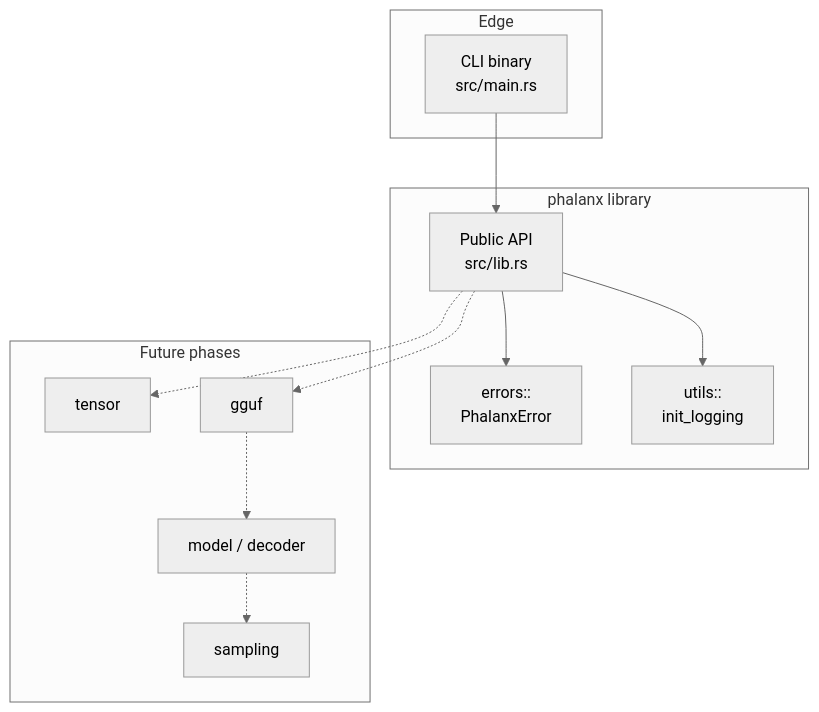
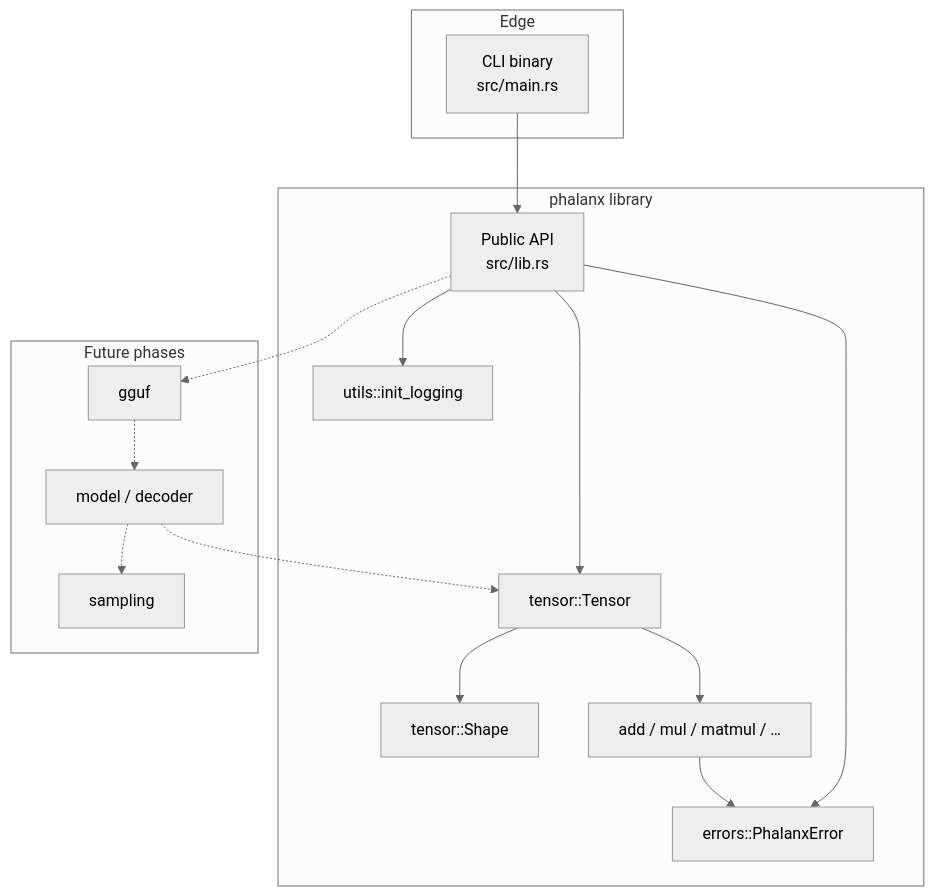
One commit to 404khai/phalanx changed the first of 2 diagrams in README.md. Above: the diagram before and after it, drawn with Mermaid (neutral theme). The commit also changed other lines of this file and 16 other files, not shown here.

````diff
--- a/README.md
+++ b/README.md
@@ -40,27 +39,33 @@
 ```mermaid
 flowchart TB
     subgraph edge [Edge]
         CLI["CLI binary<br/>src/main.rs"]
     end
 
     subgraph library [phalanx library]
         API["Public API<br/>src/lib.rs"]
-        Errors["errors::<br/>PhalanxError"]
-        Utils["utils::<br/>init_logging"]
+        Errors["errors::PhalanxError"]
+        Utils["utils::init_logging"]
+        Tensor["tensor::Tensor"]
+        Shape["tensor::Shape"]
+        Ops["add / mul / matmul / …"]
     end
 
     subgraph future [Future phases]
-        Tensor["tensor"]
         GGUF["gguf"]
         Model["model / decoder"]
         Sample["sampling"]
     end
 
     CLI --> API
     API --> Errors
     API --> Utils
-    API -.-> Tensor
+    API --> Tensor
+    Tensor --> Shape
+    Tensor --> Ops
+    Ops --> Errors
     API -.-> GGUF
     GGUF -.-> Model
     Model -.-> Sample
+    Model -.-> Tensor
 ```
````
